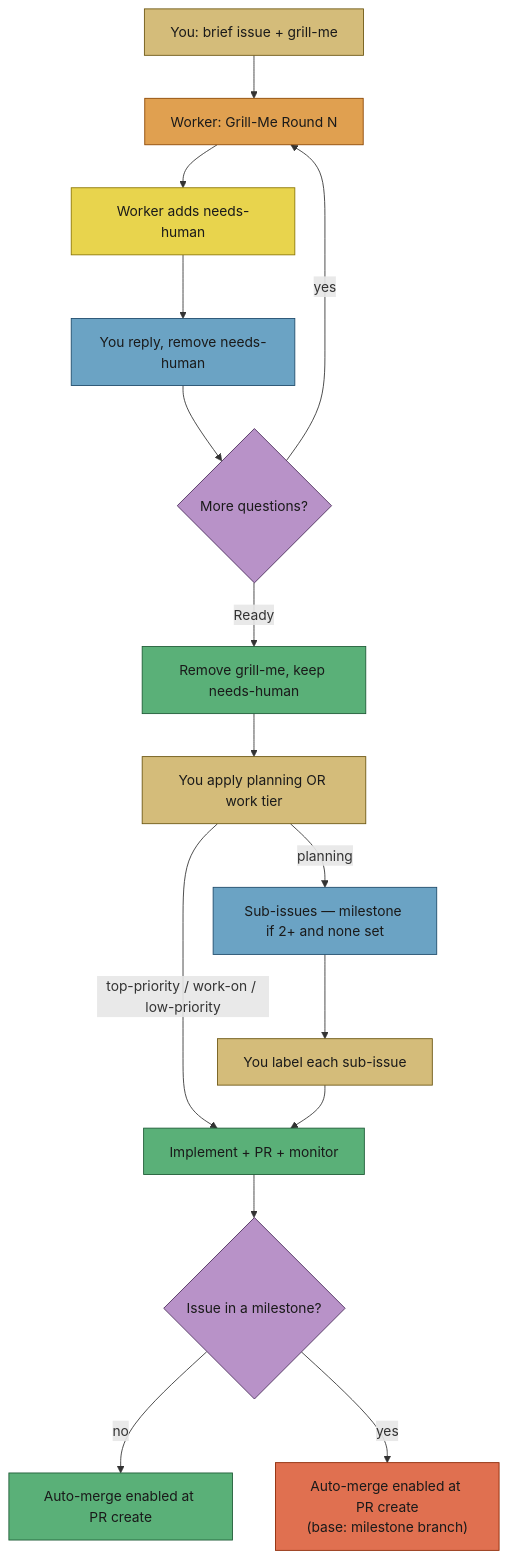
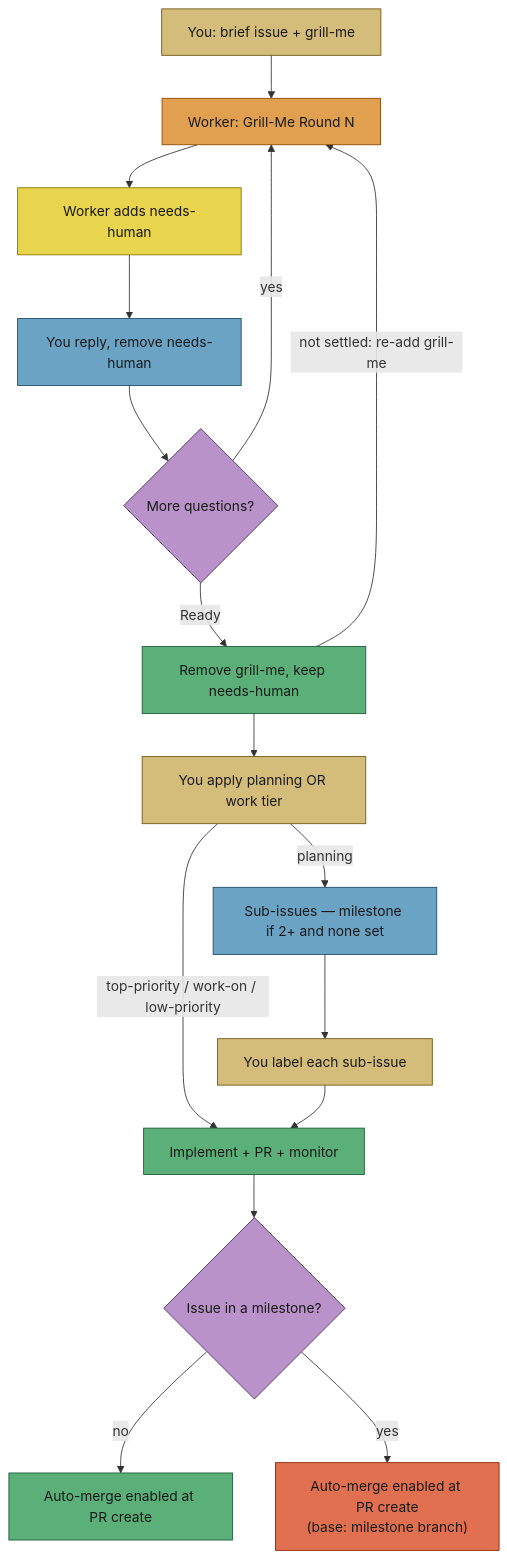
Before and after one commit to stSoftwareAU/VibeCoder: the first of 6 diagrams in docs/workflows/label-flows.md, drawn with Mermaid. The commit also changed other lines of this file and 4 other files, not shown here.

First line of the commit message:
docs(grill-me): document reopening grilling after a Ready comment

````diff
--- a/docs/workflows/label-flows.md
+++ b/docs/workflows/label-flows.md
@@ -43,30 +43,31 @@
 ```mermaid
 flowchart TD
   Brief["You: brief issue + grill-me"] --> Round["Worker: Grill-Me Round N"]
   Round --> NH["Worker adds needs-human"]
   NH --> Reply["You reply, remove needs-human"]
   Reply --> More{"More questions?"}
   More -->|yes| Round
   More -->|Ready| Ready["Remove grill-me, keep needs-human"]
+  Ready -->|not settled: re-add grill-me| Round
   Ready --> Choose["You apply planning OR work tier"]
   Choose -->|planning| Plan["Sub-issues — milestone if 2+ and none set"]
   Plan --> Triage["You label each sub-issue"]
   Choose -->|top-priority / work-on / low-priority| Work["Implement + PR + monitor"]
   Triage --> Work
   Work --> AM{"Issue in a milestone?"}
   AM -->|no| AutoOn["Auto-merge enabled at PR create"]
   AM -->|yes| AutoSkip["Auto-merge enabled at PR create<br/>(base: milestone branch)"]
   style Brief fill:#d4bc7a,stroke:#6b5510,color:#1a1a1a
   style Round fill:#e0a050,stroke:#8b4500,color:#1a1a1a
   style NH fill:#e8d44d,stroke:#8b7500,color:#1a1a1a
   style Reply fill:#6ba3c4,stroke:#1d4a6a,color:#1a1a1a
   style More fill:#b892c8,stroke:#4a2d5a,color:#1a1a1a
   style Ready fill:#5ab078,stroke:#1d5a35,color:#1a1a1a
   style Choose fill:#d4bc7a,stroke:#6b5510,color:#1a1a1a
   style Plan fill:#6ba3c4,stroke:#1d4a6a,color:#1a1a1a
   style Triage fill:#d4bc7a,stroke:#6b5510,color:#1a1a1a
   style Work fill:#5ab078,stroke:#1d5a35,color:#1a1a1a
   style AM fill:#b892c8,stroke:#4a2d5a,color:#1a1a1a
   style AutoOn fill:#5ab078,stroke:#1d5a35,color:#1a1a1a
   style AutoSkip fill:#e07050,stroke:#8b2500,color:#1a1a1a
 ```
````
